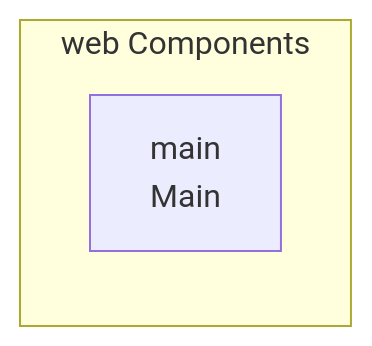
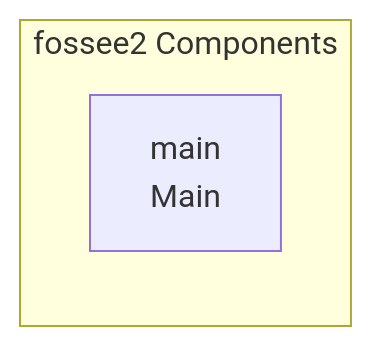
Before and after one commit to Punyamittal/fossee2: the third of 3 diagrams in README.md, drawn with Mermaid. The commit also changed other lines of this file, not shown here.

````diff
--- a/README.md
+++ b/README.md
@@ -338,6 +331,6 @@
 ```mermaid
 graph LR
-    subgraph App["web Components"]
+    subgraph App["fossee2 Components"]
         main["main<br/>Main"]
     end
 ```
````
